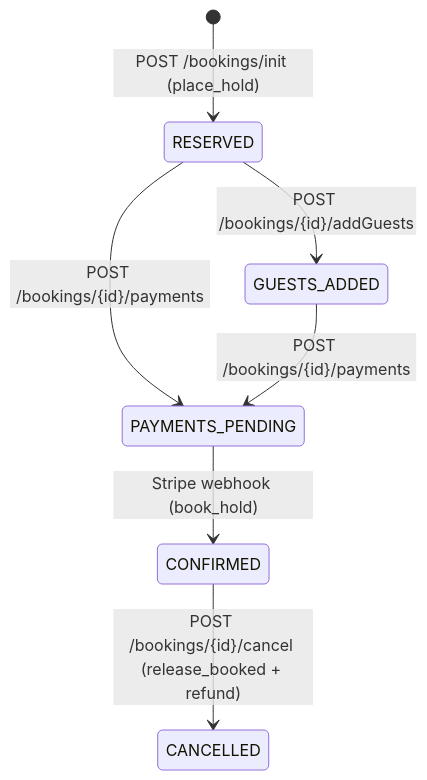
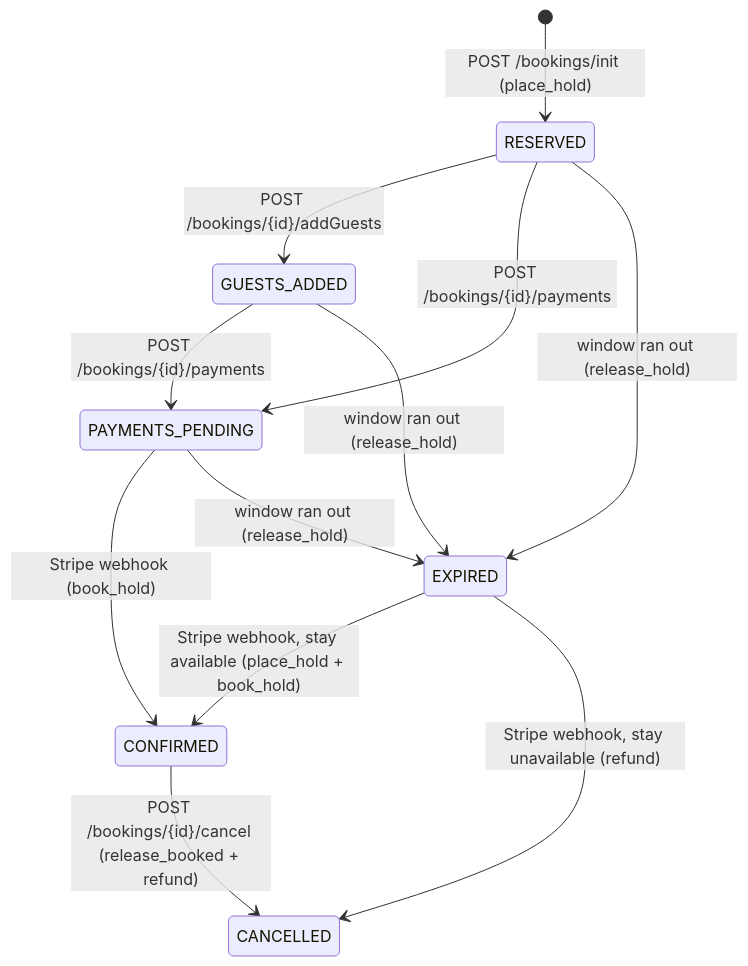
Before and after one commit to sdv1708/concurrent-reservation: the diagram in README.md, drawn with Mermaid. The commit also changed other lines of this file and 7 other files, not shown here.

First line of the commit message:
Release expired holds

````diff
--- a/README.md
+++ b/README.md
@@ -112,9 +138,14 @@
 ```mermaid
 stateDiagram-v2
     [*] --> RESERVED: POST /bookings/init (place_hold)
     RESERVED --> GUESTS_ADDED: POST /bookings/{id}/addGuests
     RESERVED --> PAYMENTS_PENDING: POST /bookings/{id}/payments
     GUESTS_ADDED --> PAYMENTS_PENDING: POST /bookings/{id}/payments
     PAYMENTS_PENDING --> CONFIRMED: Stripe webhook (book_hold)
+    RESERVED --> EXPIRED: window ran out (release_hold)
+    GUESTS_ADDED --> EXPIRED: window ran out (release_hold)
+    PAYMENTS_PENDING --> EXPIRED: window ran out (release_hold)
+    EXPIRED --> CONFIRMED: Stripe webhook, stay available (place_hold + book_hold)
+    EXPIRED --> CANCELLED: Stripe webhook, stay unavailable (refund)
     CONFIRMED --> CANCELLED: POST /bookings/{id}/cancel (release_booked + refund)
 ```
````
